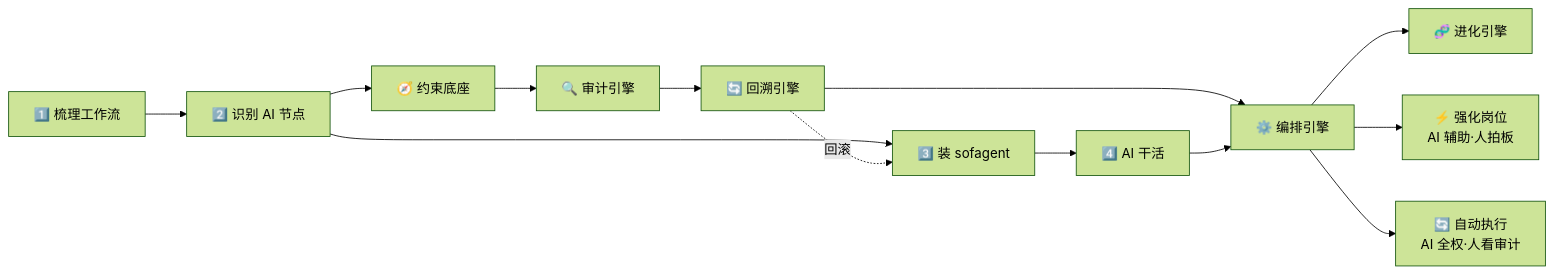
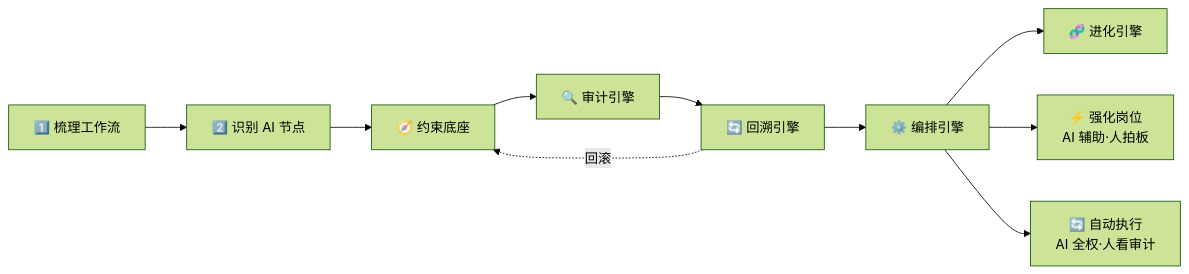
One commit to KongFangXun/sofagent changed the first of 5 diagrams in README.md. Above: the diagram before and after it, drawn with Mermaid (forest theme). The commit also changed other lines of this file and 1 other file, not shown here.

Commit message:
docs: FDE Mermaid精简——去掉装sofagent和AI干活节点，归入引擎链

````diff
--- a/README.md
+++ b/README.md
@@ -77,12 +77,11 @@
 ```mermaid
 graph LR
-    1["1️⃣ 梳理工作流"] --> 2["2️⃣ 识别 AI 节点"] --> 3["3️⃣ 装 sofagent"] --> 4["4️⃣ AI 干活"]
+    1["1️⃣ 梳理工作流"] --> 2["2️⃣ 识别 AI 节点"]
 
     2 --> E["🧭 约束底座"]
     E --> F["🔍 审计引擎"] --> G["🔄 回溯引擎"] --> H["⚙️ 编排引擎"] --> I["🧬 进化引擎"]
-    4 --> H
 
     H --> J["⚡ 强化岗位<br/>AI 辅助·人拍板"]
     H --> K["🔄 自动执行<br/>AI 全权·人看审计"]
-    G -.-> |回滚| 3
+    G -.-> |回滚| E
 ```
````
